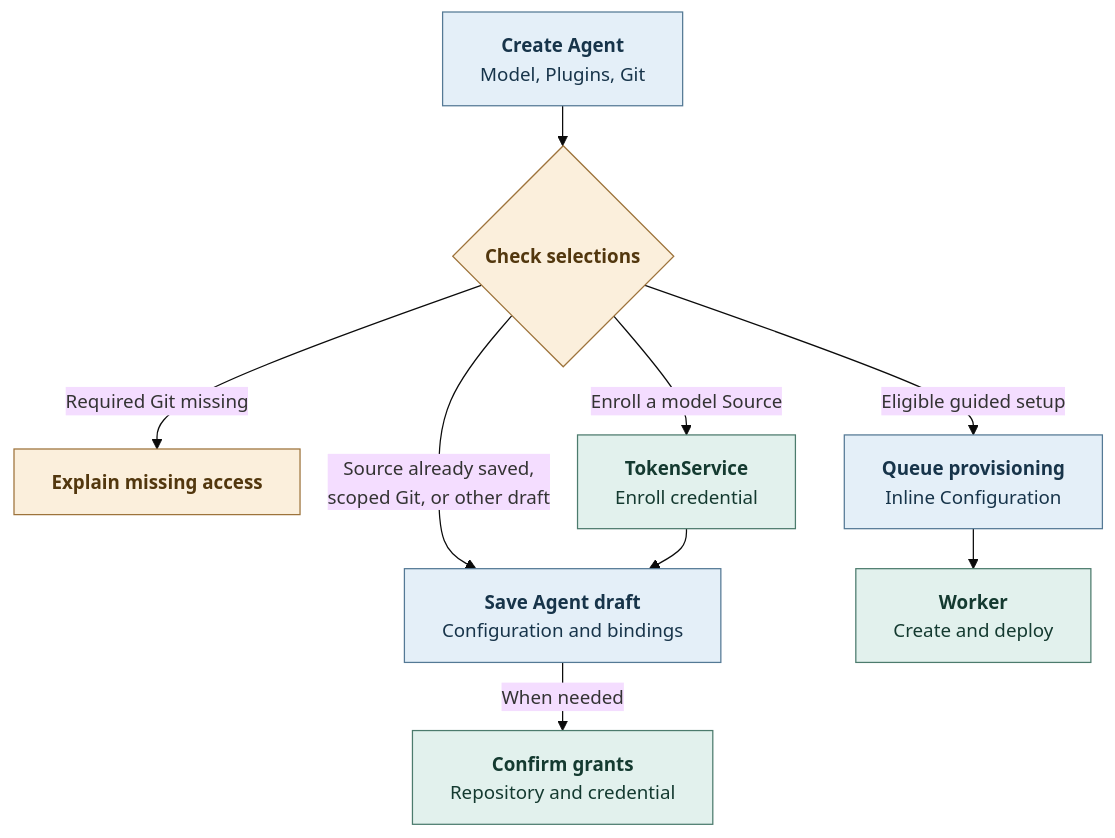
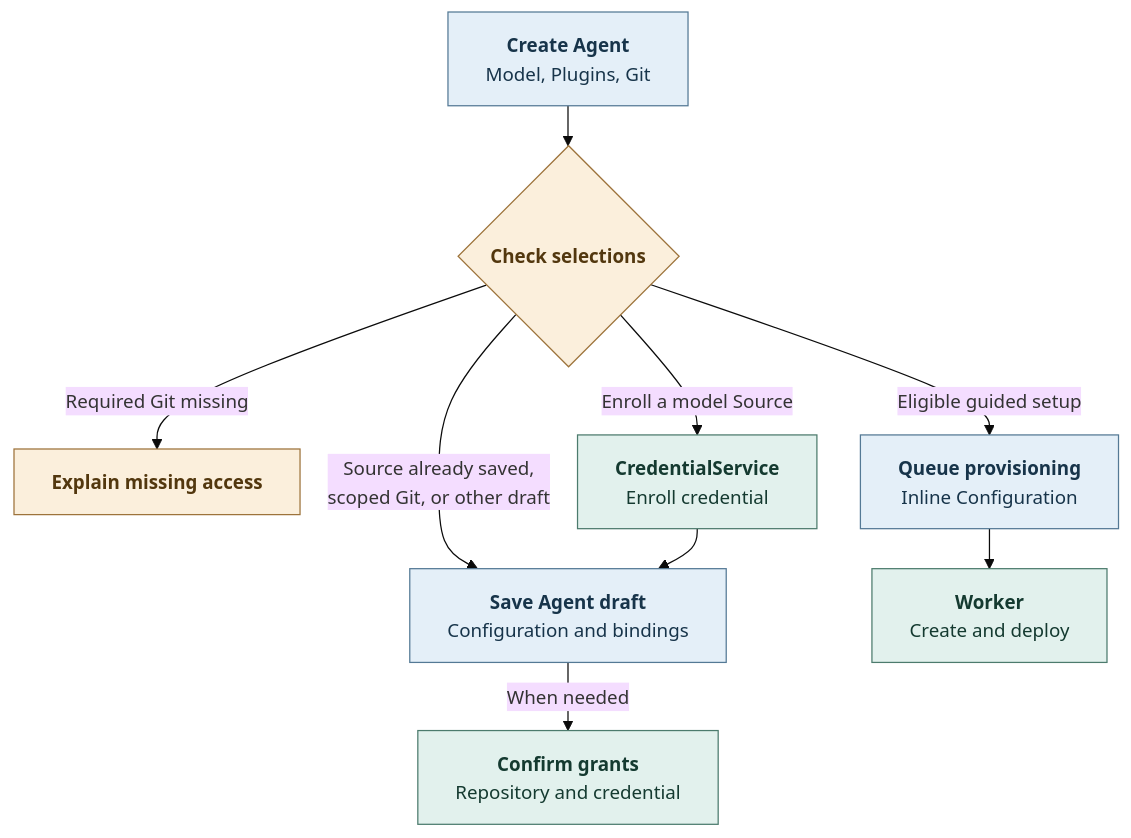
One commit to openclaw/openclaw-enterprise changed the diagram in docs/flows/platform-console/agent-creation.md. Above: the diagram before and after it, drawn with Mermaid. The commit also changed other lines of this file and 418 other files, not shown here.

Commit message:
Rename credential custody owner to CredentialService

````diff
--- a/docs/flows/platform-console/agent-creation.md
+++ b/docs/flows/platform-console/agent-creation.md
@@ -29,28 +29,28 @@
 ```mermaid
 ---
 config:
   htmlLabels: true
   theme: base
   themeVariables:
     fontSize: 15px
   flowchart:
     nodeSpacing: 24
     rankSpacing: 32
 ---
 flowchart TB
   Form["<b>Create Agent</b><br/>Model, Plugins, Git"] --> Gate{"<b>Check selections</b>"}
   Gate -->|Required Git missing| Refused["<b>Explain missing access</b>"]
-  Gate -->|Enroll a model Source| Source["<b>TokenService</b><br/>Enroll credential"]
+  Gate -->|Enroll a model Source| Source["<b>CredentialService</b><br/>Enroll credential"]
   Gate -->|Source already saved,<br/>scoped Git, or other draft| Draft["<b>Save Agent draft</b><br/>Configuration and bindings"]
   Gate -->|Eligible guided setup| Queue["<b>Queue provisioning</b><br/>Inline Configuration"]
   Source --> Draft
   Queue --> Worker["<b>Worker</b><br/>Create and deploy"]
   Draft -->|When needed| Grants["<b>Confirm grants</b><br/>Repository and credential"]
 
   classDef stored fill:#e4eff8,stroke:#547995,color:#17344a
   classDef action fill:#e2f1ed,stroke:#4c7b6d,color:#143a30
   classDef gate fill:#fbefdc,stroke:#9d733b,color:#52370e
   class Form,Draft,Queue stored
   class Source,Worker,Grants action
   class Gate,Refused gate
 ```
````
